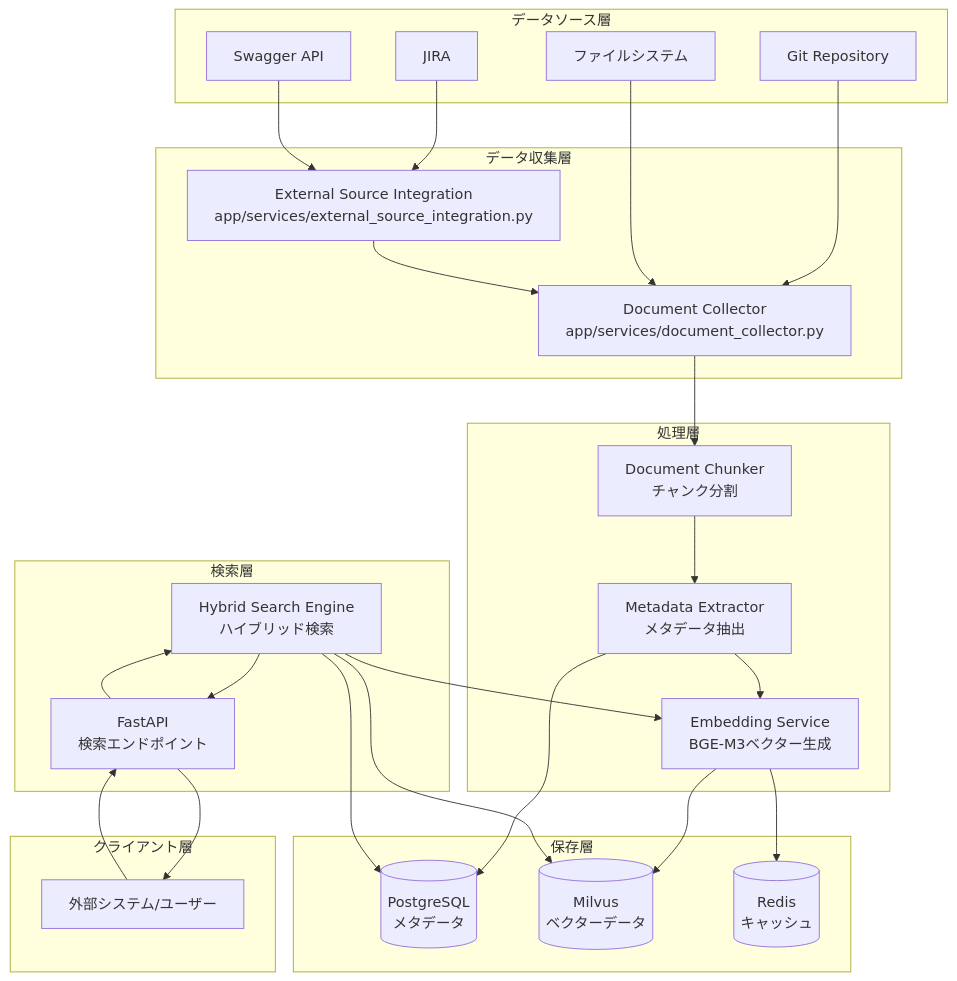
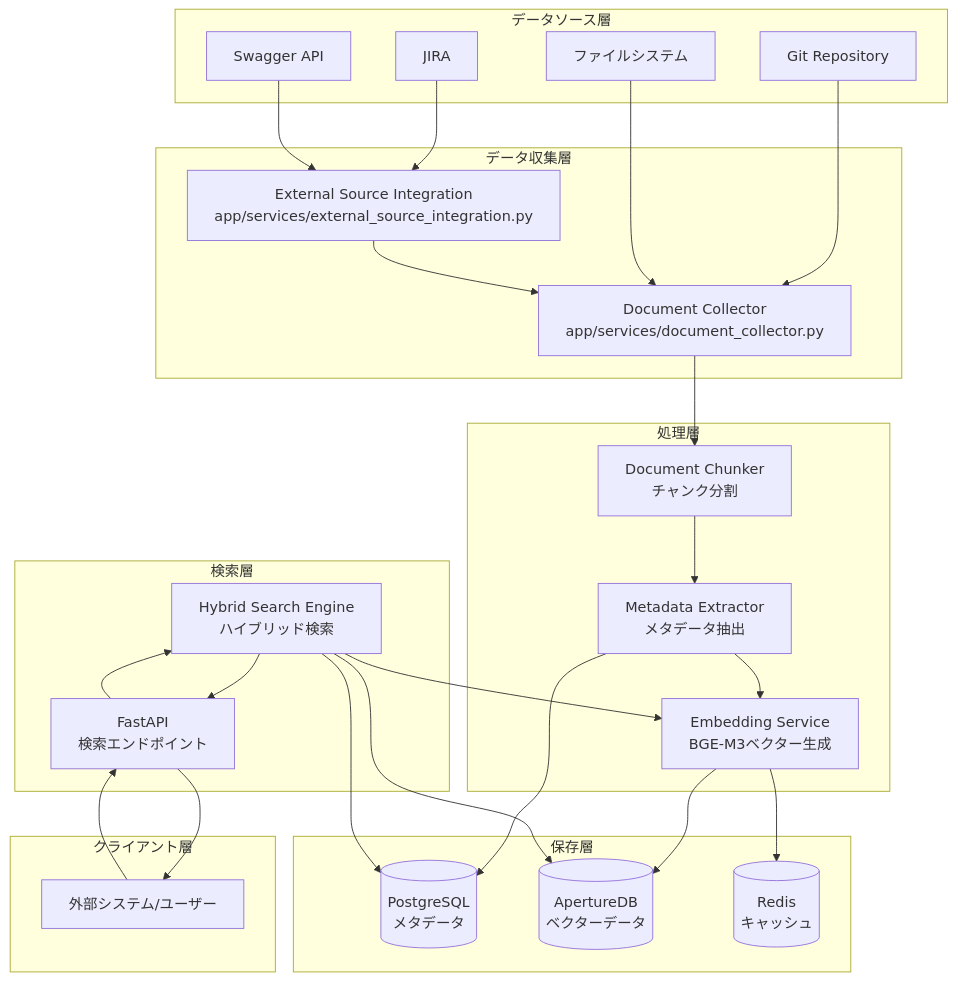
Before and after one commit to jangom2ok/spec_rag: the first of 6 diagrams in docs/learning/Step01_DataFlow.md, drawn with Mermaid. The commit also changed other lines of this file and 69 other files, not shown here.

First line of the commit message:
Replace Milvus with ApertureDB for vector storage (#13)

````diff
--- a/docs/learning/Step01_DataFlow.md
+++ b/docs/learning/Step01_DataFlow.md
@@ -17,62 +17,62 @@
 ```mermaid
 graph TD
     subgraph "データソース層"
         GIT[Git Repository]
         JIRA[JIRA]
         SWAGGER[Swagger API]
         FILES[ファイルシステム]
     end
 
     subgraph "データ収集層"
         COLLECTOR[Document Collector<br/>app/services/document_collector.py]
         EXT_INT[External Source Integration<br/>app/services/external_source_integration.py]
     end
 
     subgraph "処理層"
         CHUNKER[Document Chunker<br/>チャンク分割]
         METADATA[Metadata Extractor<br/>メタデータ抽出]
         EMBED[Embedding Service<br/>BGE-M3ベクター生成]
     end
 
     subgraph "保存層"
         POSTGRES[(PostgreSQL<br/>メタデータ)]
-        MILVUS[(Milvus<br/>ベクターデータ)]
+        APERTUREDB[(ApertureDB<br/>ベクターデータ)]
         REDIS[(Redis<br/>キャッシュ)]
     end
 
     subgraph "検索層"
         SEARCH[Hybrid Search Engine<br/>ハイブリッド検索]
         API[FastAPI<br/>検索エンドポイント]
     end
 
     subgraph "クライアント層"
         USER[外部システム/ユーザー]
     end
 
     %% データ収集フロー
     GIT --> COLLECTOR
     JIRA --> EXT_INT
     SWAGGER --> EXT_INT
     FILES --> COLLECTOR
 
     EXT_INT --> COLLECTOR
 
     %% 処理フロー
     COLLECTOR --> CHUNKER
     CHUNKER --> METADATA
     METADATA --> EMBED
 
     %% 保存フロー
     METADATA --> POSTGRES
-    EMBED --> MILVUS
+    EMBED --> APERTUREDB
     EMBED --> REDIS
 
     %% 検索フロー
     USER --> API
     API --> SEARCH
     SEARCH --> EMBED
-    SEARCH --> MILVUS
+    SEARCH --> APERTUREDB
     SEARCH --> POSTGRES
     SEARCH --> API
     API --> USER
 ```
````
